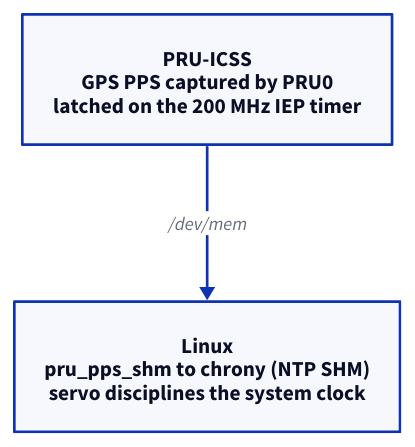
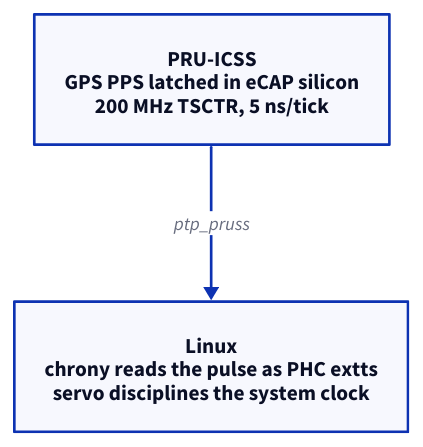
The diagram in diagrams/pipeline.d2 (dniminenn/bbb-pps-pru), drawn with D2 before and after one commit. The commit also changed 9 other files, not shown here.

Commit message:
current diagrams and measurements, pruts boot fixes, metrics glue goes private

```diff
--- a/diagrams/pipeline.d2
+++ b/diagrams/pipeline.d2
@@ -1,13 +1,13 @@
 direction: down
 
-pru: "PRU-ICSS\nGPS PPS captured by PRU0\nlatched on the 200 MHz IEP timer" {
+pru: "PRU-ICSS\nGPS PPS latched in eCAP silicon\n200 MHz TSCTR, 5 ns/tick" {
   style.font-size: 16
 }
 
-linux: "Linux\npru_pps_shm to chrony (NTP SHM)\nservo disciplines the system clock" {
+linux: "Linux\nchrony reads the pulse as PHC extts\nservo disciplines the system clock" {
   style.font-size: 16
 }
 
-pru -> linux: "/dev/mem" {
+pru -> linux: "ptp_pruss" {
   style.font-size: 14
 }
```
